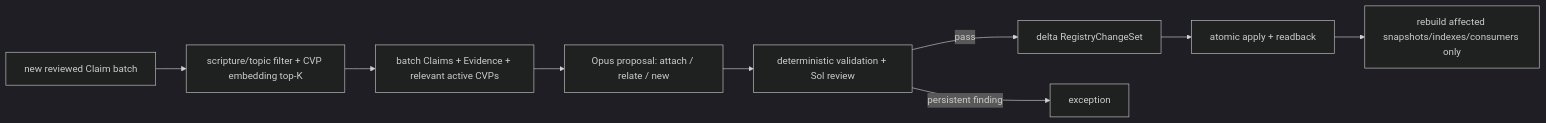
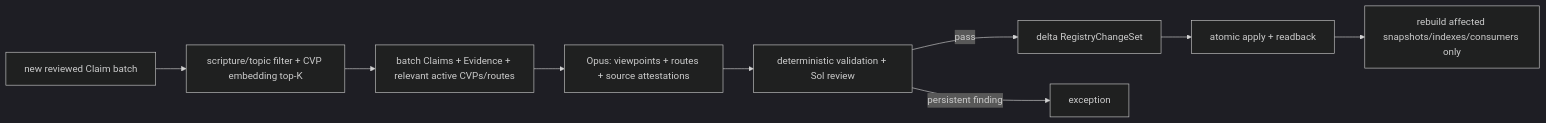
Before and after one commit to junyang168/smart-answer: the sixth of 7 diagrams in docs/wang-knowledge-platform/canonical_viewpoint_registry_design_v1.md, drawn with Mermaid (dark theme). The commit also changed other lines of this file and 1 other file, not shown here.

Commit message:
docs: integrate argument routes into cvp resolution

````diff
--- a/docs/wang-knowledge-platform/canonical_viewpoint_registry_design_v1.md
+++ b/docs/wang-knowledge-platform/canonical_viewpoint_registry_design_v1.md
@@ -1498,11 +1660,11 @@
 ```mermaid
 flowchart LR
     S["new reviewed Claim batch"] --> Q["scripture/topic filter + CVP embedding top-K"]
-    Q --> K["batch Claims + Evidence + relevant active CVPs"]
-    K --> P["Opus proposal: attach / relate / new"]
+    Q --> K["batch Claims + Evidence + relevant active CVPs/routes"]
+    K --> P["Opus: viewpoints + routes + source attestations"]
     P --> V["deterministic validation + Sol review"]
     V -->|"pass"| C["delta RegistryChangeSet"]
     V -->|"persistent finding"| X["exception"]
     C --> A["atomic apply + readback"]
     A --> I["rebuild affected snapshots/indexes/consumers only"]
 ```
````
